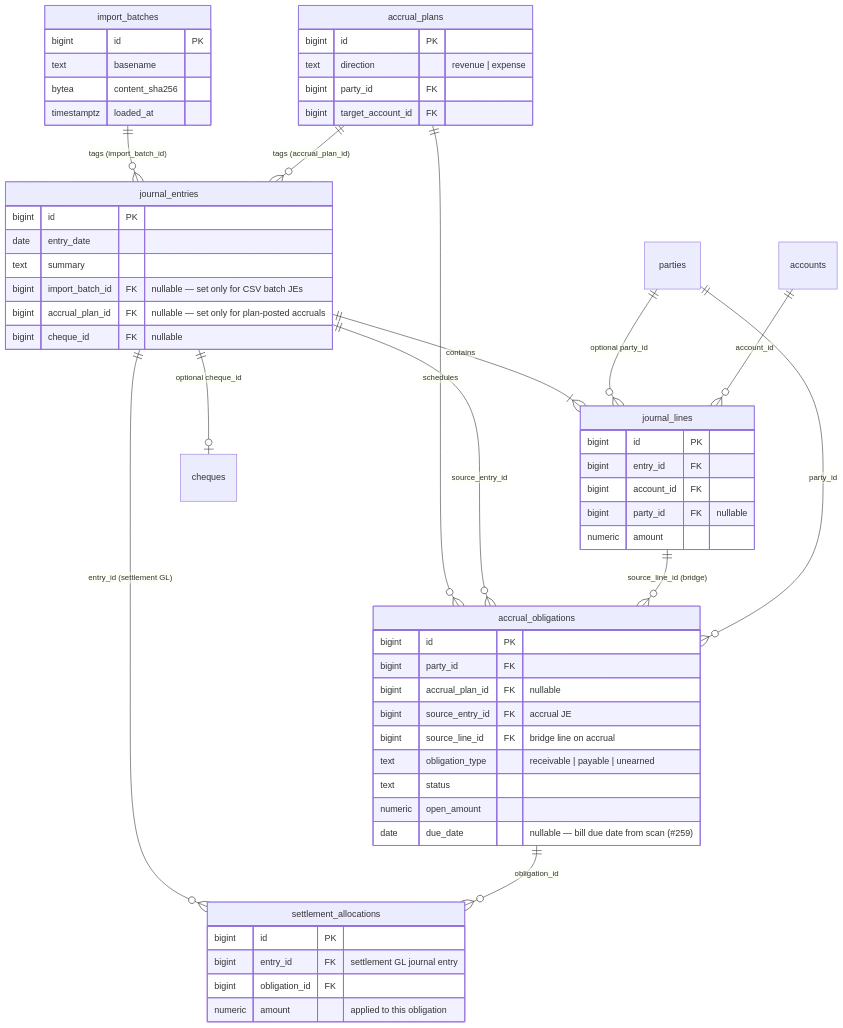
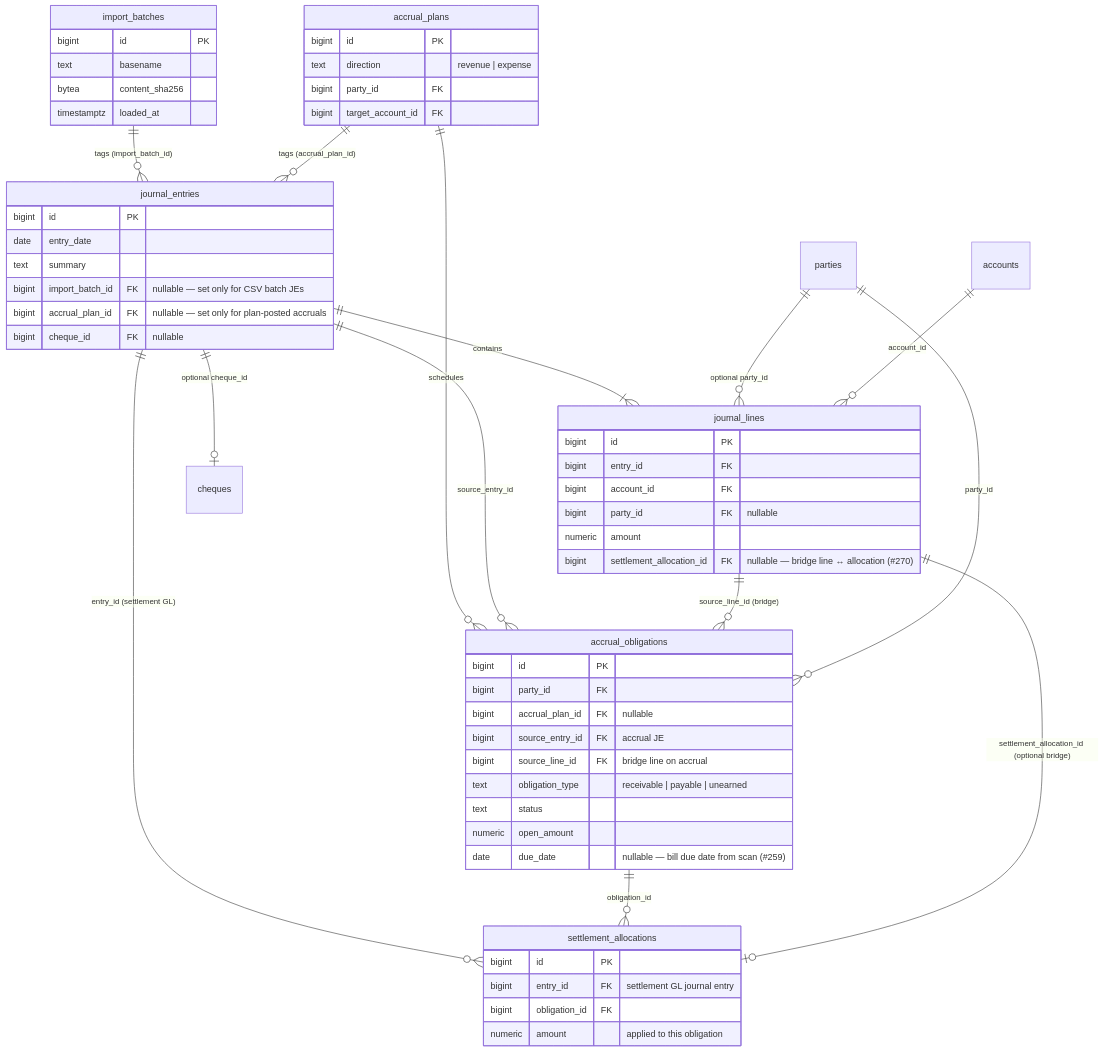
One commit to brettski74/TallyBadger changed the first of 4 diagrams in docs/ledger-data-model.md. Above: the diagram before and after it, drawn with Mermaid. The commit also changed other lines of this file and 6 other files, not shown here.

First line of the commit message:
Link settlement allocations to journal bridge lines (#270). (#273)

````diff
--- a/docs/ledger-data-model.md
+++ b/docs/ledger-data-model.md
@@ -11,65 +11,68 @@
 ```mermaid
 erDiagram
     import_batches ||--o{ journal_entries : "tags (import_batch_id)"
     accrual_plans ||--o{ journal_entries : "tags (accrual_plan_id)"
     journal_entries ||--|{ journal_lines : "contains"
     journal_entries ||--o| cheques : "optional cheque_id"
     accrual_plans ||--o{ accrual_obligations : "schedules"
     journal_entries ||--o{ accrual_obligations : "source_entry_id"
     journal_lines ||--o{ accrual_obligations : "source_line_id (bridge)"
     parties ||--o{ accrual_obligations : "party_id"
     journal_entries ||--o{ settlement_allocations : "entry_id (settlement GL)"
     accrual_obligations ||--o{ settlement_allocations : "obligation_id"
     parties ||--o{ journal_lines : "optional party_id"
     accounts ||--o{ journal_lines : "account_id"
 
     import_batches {
         bigint id PK
         text basename
         bytea content_sha256
         timestamptz loaded_at
     }
 
     journal_entries {
         bigint id PK
         date entry_date
         text summary
         bigint import_batch_id FK "nullable — set only for CSV batch JEs"
         bigint accrual_plan_id FK "nullable — set only for plan-posted accruals"
         bigint cheque_id FK "nullable"
     }
 
     journal_lines {
         bigint id PK
         bigint entry_id FK
         bigint account_id FK
         bigint party_id FK "nullable"
         numeric amount
+        bigint settlement_allocation_id FK "nullable — bridge line ↔ allocation (#270)"
     }
 
     accrual_plans {
         bigint id PK
         text direction "revenue | expense"
         bigint party_id FK
         bigint target_account_id FK
     }
 
     accrual_obligations {
         bigint id PK
         bigint party_id FK
         bigint accrual_plan_id FK "nullable"
         bigint source_entry_id FK "accrual JE"
         bigint source_line_id FK "bridge line on accrual"
         text obligation_type "receivable | payable | unearned"
         text status
         numeric open_amount
         date due_date "nullable — bill due date from scan (#259)"
     }
 
     settlement_allocations {
         bigint id PK
         bigint entry_id FK "settlement GL journal entry"
         bigint obligation_id FK
         numeric amount "applied to this obligation"
     }
+
+    journal_lines ||--o| settlement_allocations : "settlement_allocation_id (optional bridge)"
 ```
````
